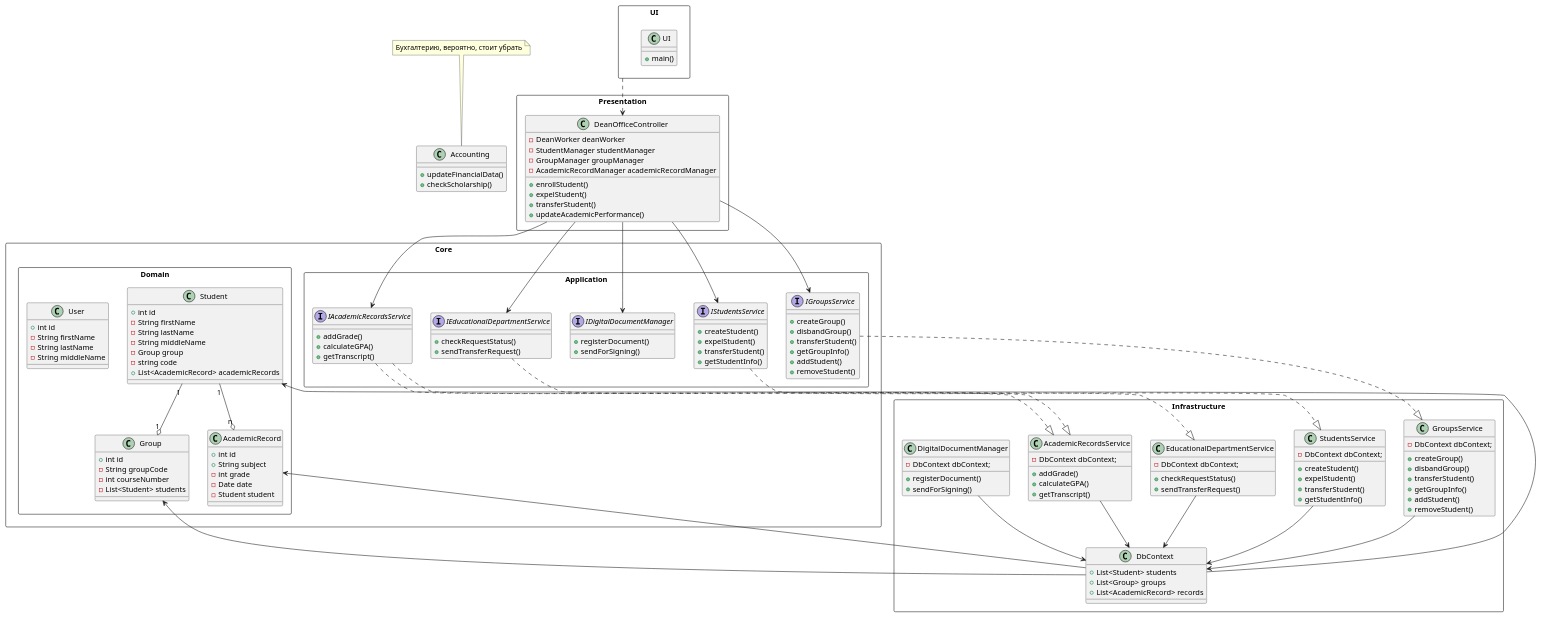
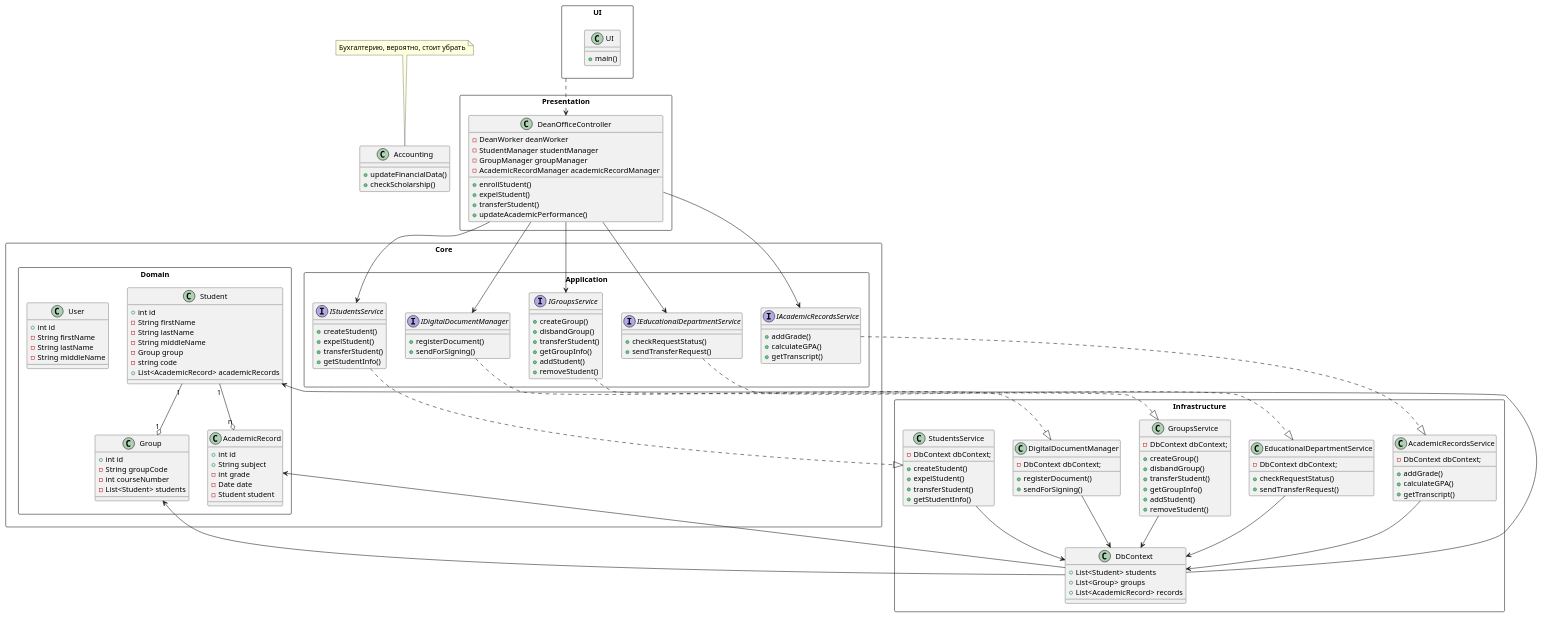
The diagram in Модель предметной области.md (penamarth/bsbo-01-23_team3_var4_dekanat), drawn with PlantUML before and after one commit.

Commit message:
Исправлена незначительная ошибка

```diff
--- a/Модель предметной области.md
+++ b/Модель предметной области.md
@@ -151,7 +151,7 @@
 IAcademicRecordsService ..|> AcademicRecordsService
 IEducationalDepartmentService ..|> EducationalDepartmentService
 IGroupsService ..|> GroupsService
-IAcademicRecordsService ..|> AcademicRecordsService
+IDigitalDocumentManager ..|> DigitalDocumentManager
 IStudentsService ..|> StudentsService
 
 AcademicRecordsService --> DbContext
```
